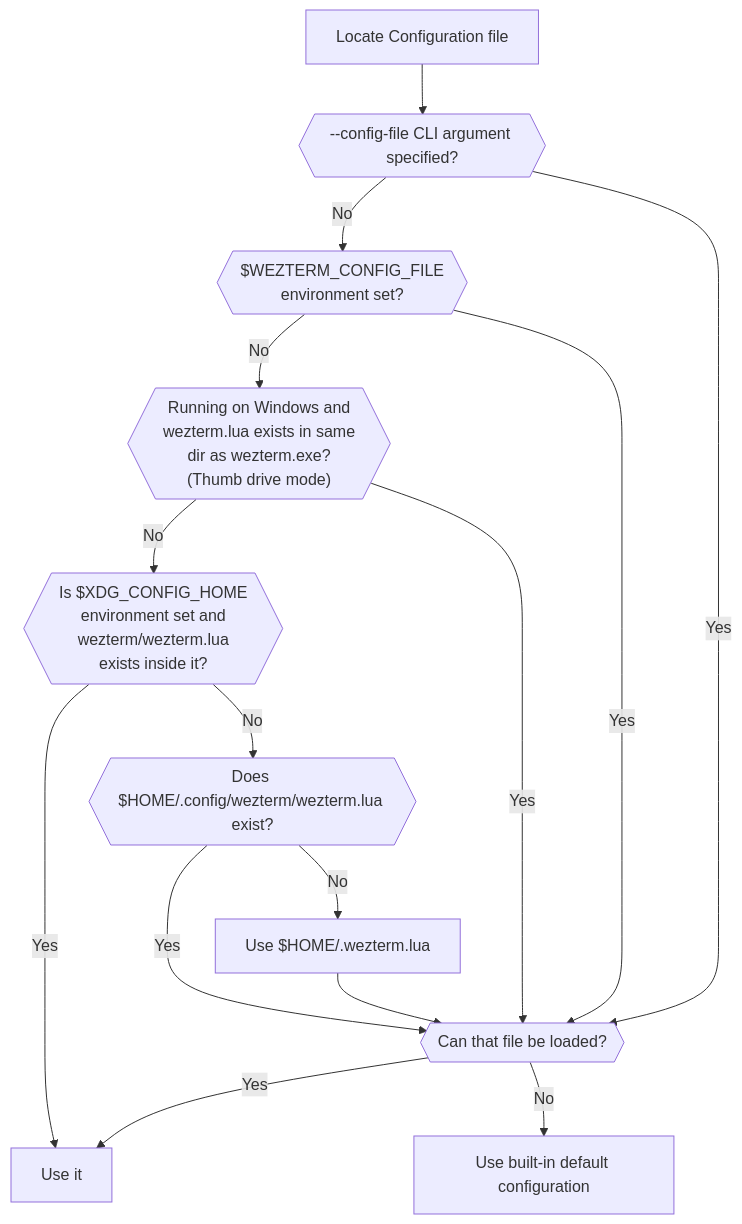
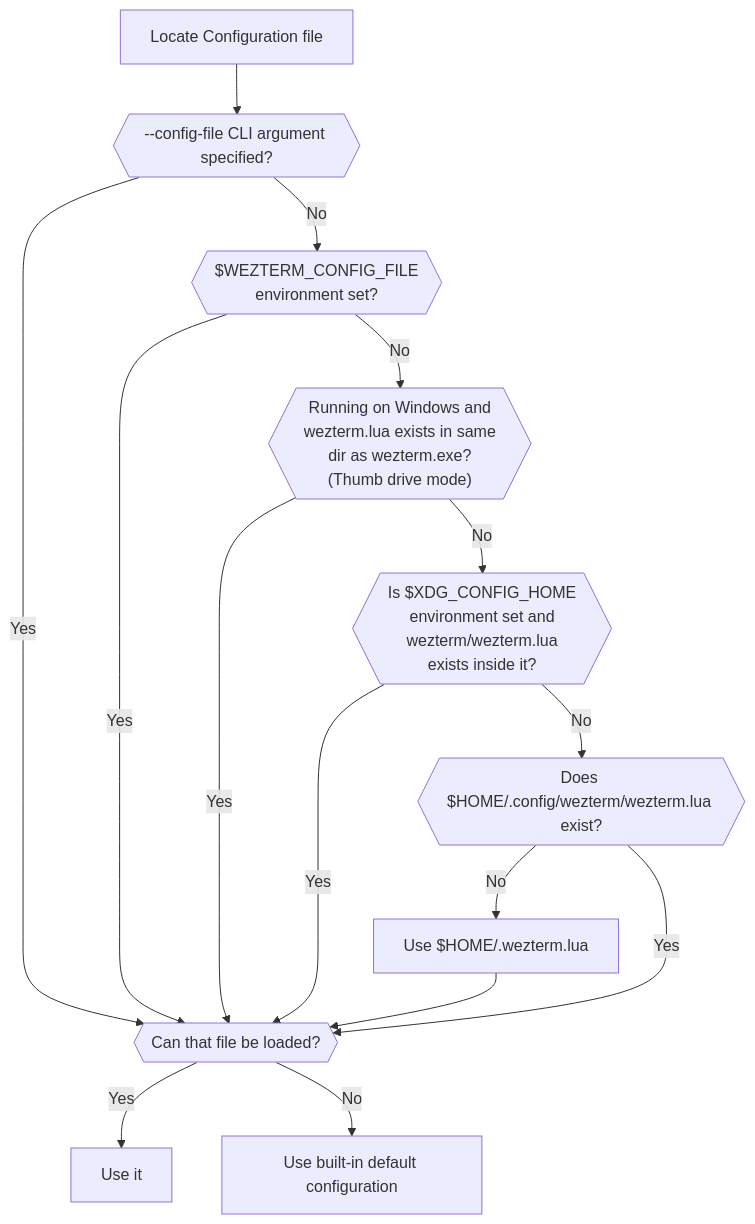
The diagram in docs/config/files.md (yue4u/zf), drawn with Mermaid before and after one commit. The commit also changed other lines of this file and 150 other files, not shown here.

````diff
--- a/docs/config/files.md
+++ b/docs/config/files.md
@@ -13,17 +13,17 @@
 ```mermaid
 graph TD
   X[Locate Configuration file] --> A{{--config-file CLI argument specified?}}
   A -->|Yes| B{{Can that file be loaded?}}
   B -->|Yes| C[Use it]
   B -->|No| D[Use built-in default configuration]
   A -->|No| E{{$WEZTERM_CONFIG_FILE<br/>environment set?}}
   E -->|Yes| B
   E -->|No| F{{"Running on Windows and<br/>wezterm.lua exists in same<br/>dir as wezterm.exe?<br/>(Thumb drive mode)"}}
   F -->|Yes| B
   F -->|No| H{{Is $XDG_CONFIG_HOME<br/>environment set and<br/>wezterm/wezterm.lua<br/>exists inside it?}}
-  H -->|Yes| C
+  H -->|Yes| B
   J --> B
   H -->|No| K{{Does $HOME/.config/wezterm/wezterm.lua exist?}}
   K -->|Yes| B
   K -->|No| J[Use $HOME/.wezterm.lua]
 ```
````
